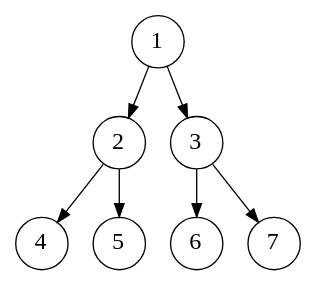
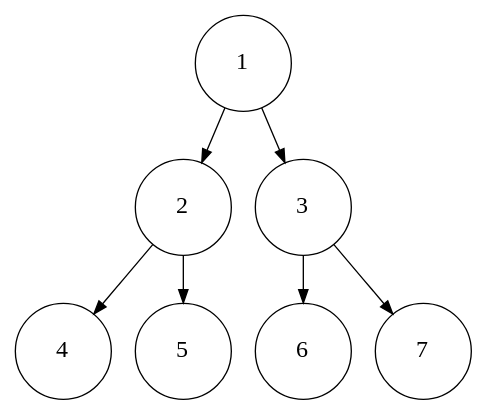
One commit to mustafasencer/AlgorithmDataStructureWithGraphviz changed the diagram in data_structures/tree/build/Digraph.gv. Above: the diagram before and after it, drawn with Graphviz. The commit also changed 112 other files, not shown here.

```diff
--- a/data_structures/tree/build/Digraph.gv
+++ b/data_structures/tree/build/Digraph.gv
@@ -1,16 +1,16 @@
 digraph {
 	name=Tree rankdir=TB
-	1 [label=<<FONT POINT-SIZE="18" FACE="ubuntu">1</FONT><BR ALIGN="CENTER"/>> shape=circle]
+	1 [label=<<FONT POINT-SIZE="18" FACE="ubuntu">1</FONT><BR ALIGN="CENTER"/>> height=1 shape=circle width=1]
+	2 [label=<<FONT POINT-SIZE="18" FACE="ubuntu">2</FONT><BR ALIGN="CENTER"/>> height=1 shape=circle width=1]
+	3 [label=<<FONT POINT-SIZE="18" FACE="ubuntu">3</FONT><BR ALIGN="CENTER"/>> height=1 shape=circle width=1]
+	4 [label=<<FONT POINT-SIZE="18" FACE="ubuntu">4</FONT><BR ALIGN="CENTER"/>> height=1 shape=circle width=1]
+	5 [label=<<FONT POINT-SIZE="18" FACE="ubuntu">5</FONT><BR ALIGN="CENTER"/>> height=1 shape=circle width=1]
+	6 [label=<<FONT POINT-SIZE="18" FACE="ubuntu">6</FONT><BR ALIGN="CENTER"/>> height=1 shape=circle width=1]
+	7 [label=<<FONT POINT-SIZE="18" FACE="ubuntu">7</FONT><BR ALIGN="CENTER"/>> height=1 shape=circle width=1]
 	1 -> 2
 	1 -> 3
-	2 [label=<<FONT POINT-SIZE="18" FACE="ubuntu">2</FONT><BR ALIGN="CENTER"/>> shape=circle]
 	2 -> 4
 	2 -> 5
-	4 [label=<<FONT POINT-SIZE="18" FACE="ubuntu">4</FONT><BR ALIGN="CENTER"/>> shape=circle]
-	5 [label=<<FONT POINT-SIZE="18" FACE="ubuntu">5</FONT><BR ALIGN="CENTER"/>> shape=circle]
-	3 [label=<<FONT POINT-SIZE="18" FACE="ubuntu">3</FONT><BR ALIGN="CENTER"/>> shape=circle]
 	3 -> 6
 	3 -> 7
-	6 [label=<<FONT POINT-SIZE="18" FACE="ubuntu">6</FONT><BR ALIGN="CENTER"/>> shape=circle]
-	7 [label=<<FONT POINT-SIZE="18" FACE="ubuntu">7</FONT><BR ALIGN="CENTER"/>> shape=circle]
 }
```
